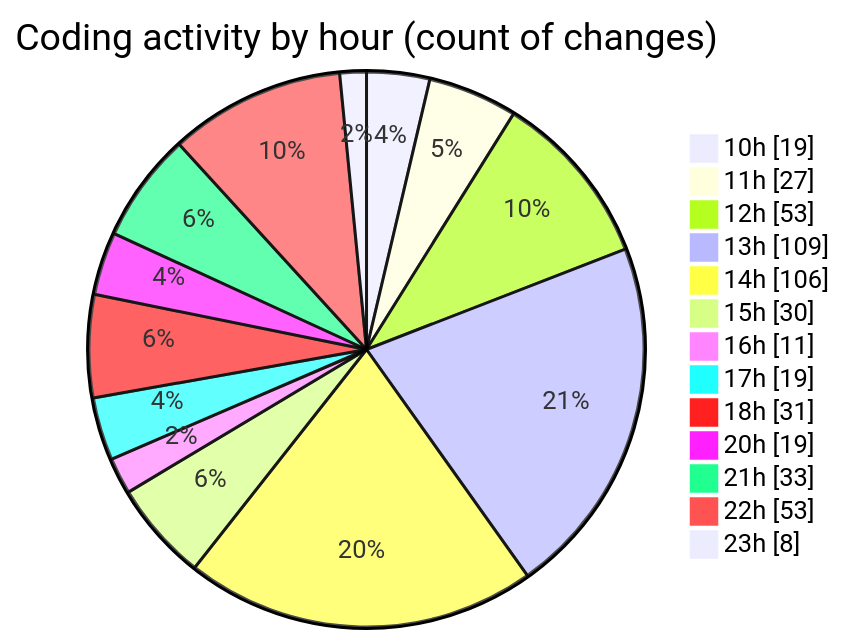
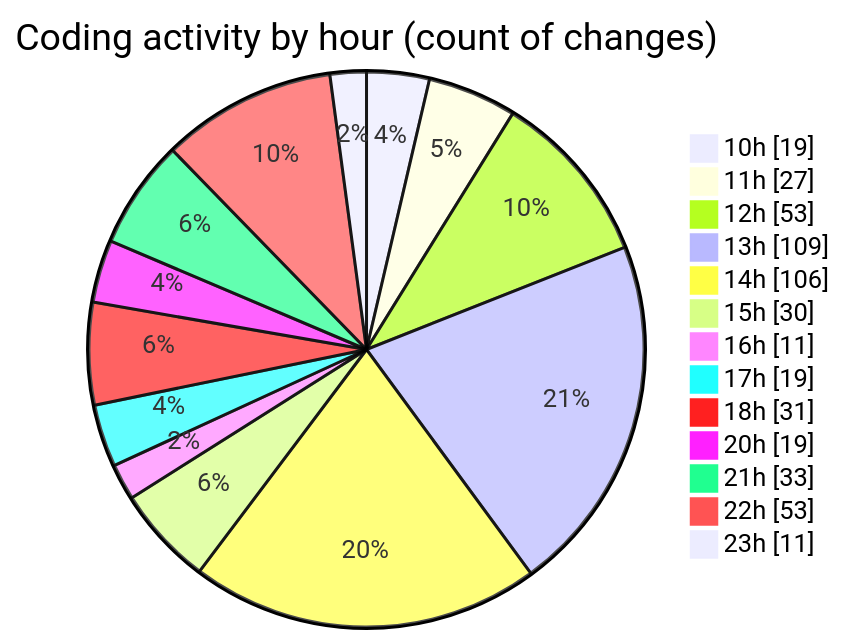
Before and after one commit to momahboobian/code-tracking: the second of 2 diagrams in 2025-03-18/cda/README.md, drawn with Mermaid. The commit also changed other lines of this file and 1 other file, not shown here.

````diff
--- a/2025-03-18/cda/README.md
+++ b/2025-03-18/cda/README.md
@@ -46,17 +46,17 @@
 ```mermaid
 pie showData
 title Coding activity by hour (count of changes)
 "10h" : 19
 "11h" : 27
 "12h" : 53
 "13h" : 109
 "14h" : 106
 "15h" : 30
 "16h" : 11
 "17h" : 19
 "18h" : 31
 "20h" : 19
 "21h" : 33
 "22h" : 53
-"23h" : 8
+"23h" : 11
 ```
````
